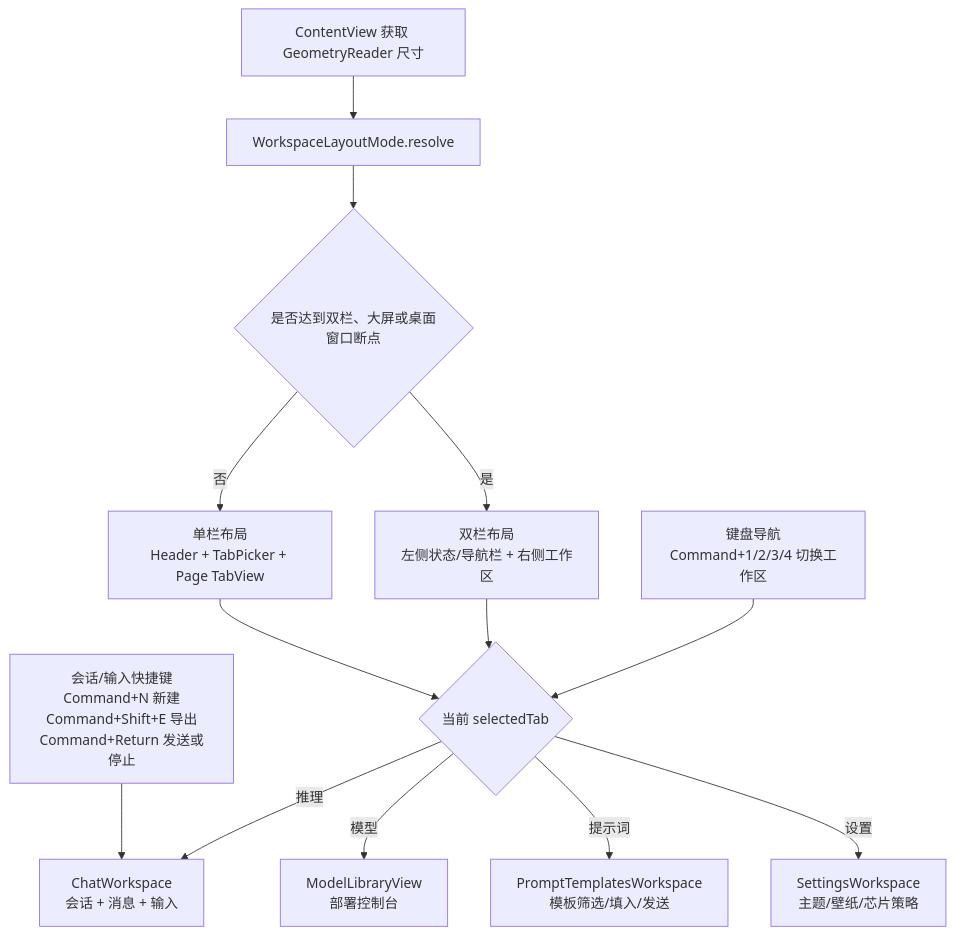
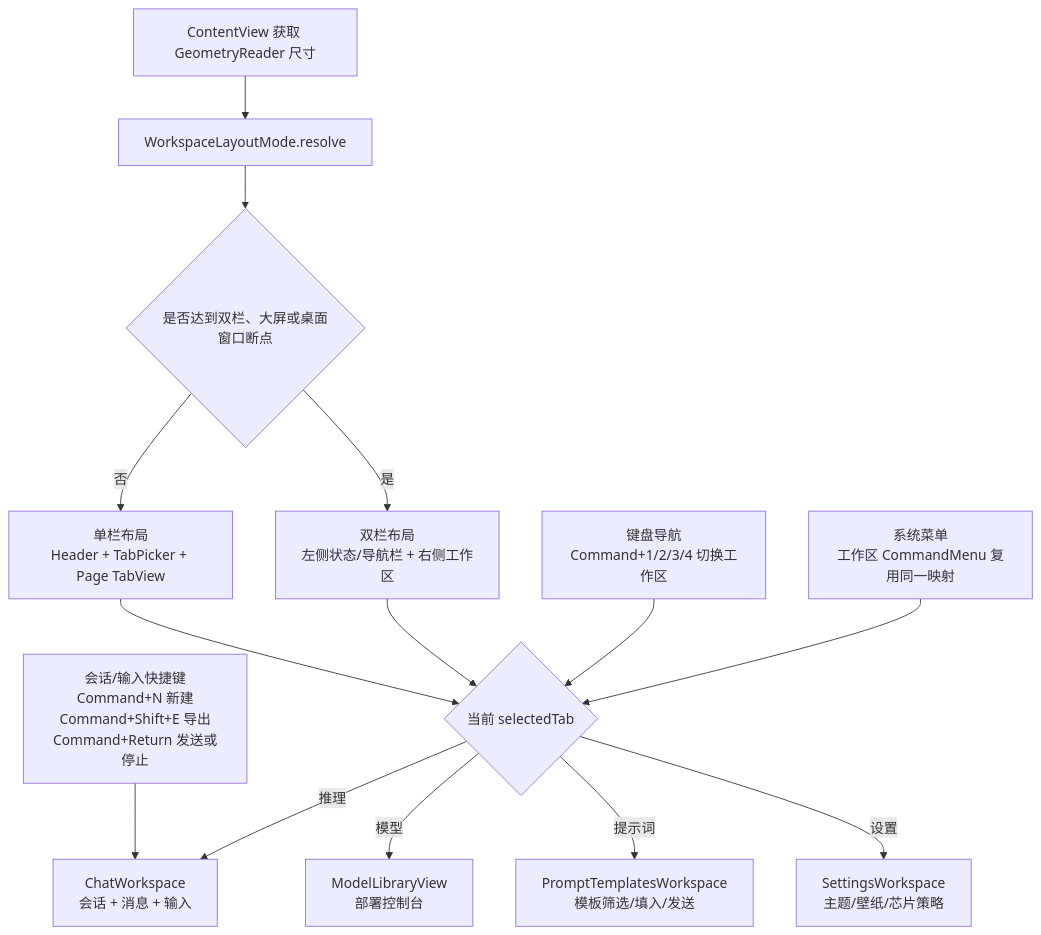
Before and after one commit to Altman-sam114/113: the fourth of 9 diagrams in md/flow/flowchart.md, drawn with Mermaid. The commit also changed other lines of this file and 9 other files, not shown here.

````diff
--- a/md/flow/flowchart.md
+++ b/md/flow/flowchart.md
@@ -68,15 +68,16 @@
 ```mermaid
 flowchart TD
     A[ContentView 获取 GeometryReader 尺寸] --> B[WorkspaceLayoutMode.resolve]
     B --> C{是否达到双栏、大屏或桌面窗口断点}
     C -- 否 --> D[单栏布局<br/>Header + TabPicker + Page TabView]
     C -- 是 --> E[双栏布局<br/>左侧状态/导航栏 + 右侧工作区]
     D --> F{当前 selectedTab}
     E --> F
     K[键盘导航<br/>Command+1/2/3/4 切换工作区] --> F
+    M[系统菜单<br/>工作区 CommandMenu 复用同一映射] --> F
     L[会话/输入快捷键<br/>Command+N 新建<br/>Command+Shift+E 导出<br/>Command+Return 发送或停止] --> G
     F -- 推理 --> G[ChatWorkspace<br/>会话 + 消息 + 输入]
     F -- 模型 --> H[ModelLibraryView<br/>部署控制台]
     F -- 提示词 --> I[PromptTemplatesWorkspace<br/>模板筛选/填入/发送]
     F -- 设置 --> J[SettingsWorkspace<br/>主题/壁纸/芯片策略]
 ```
````
